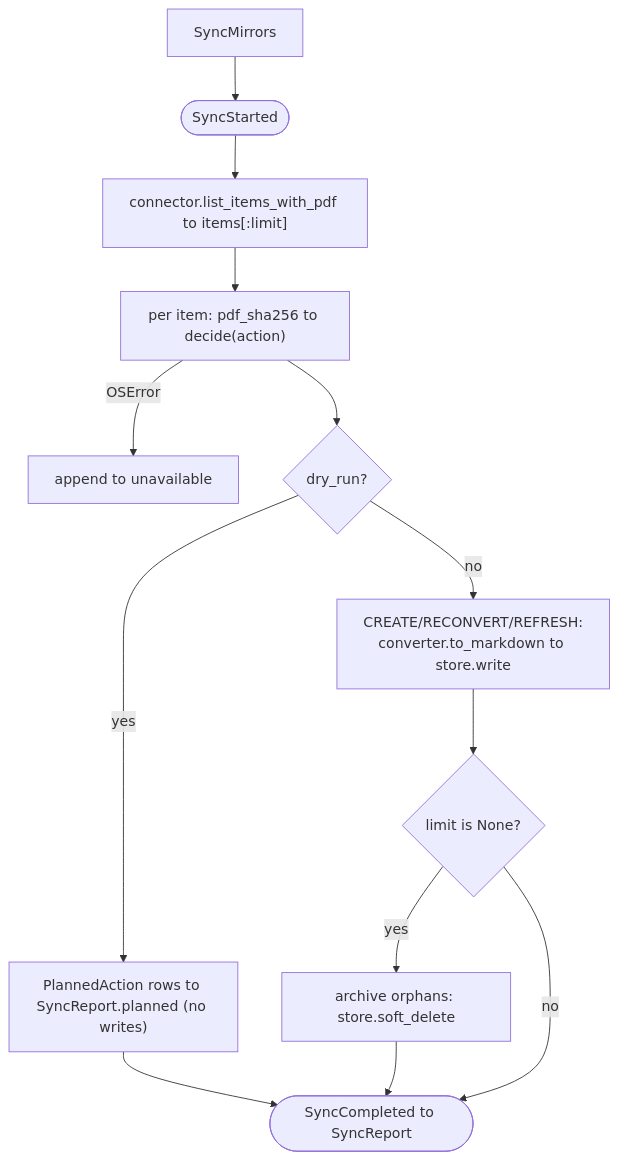
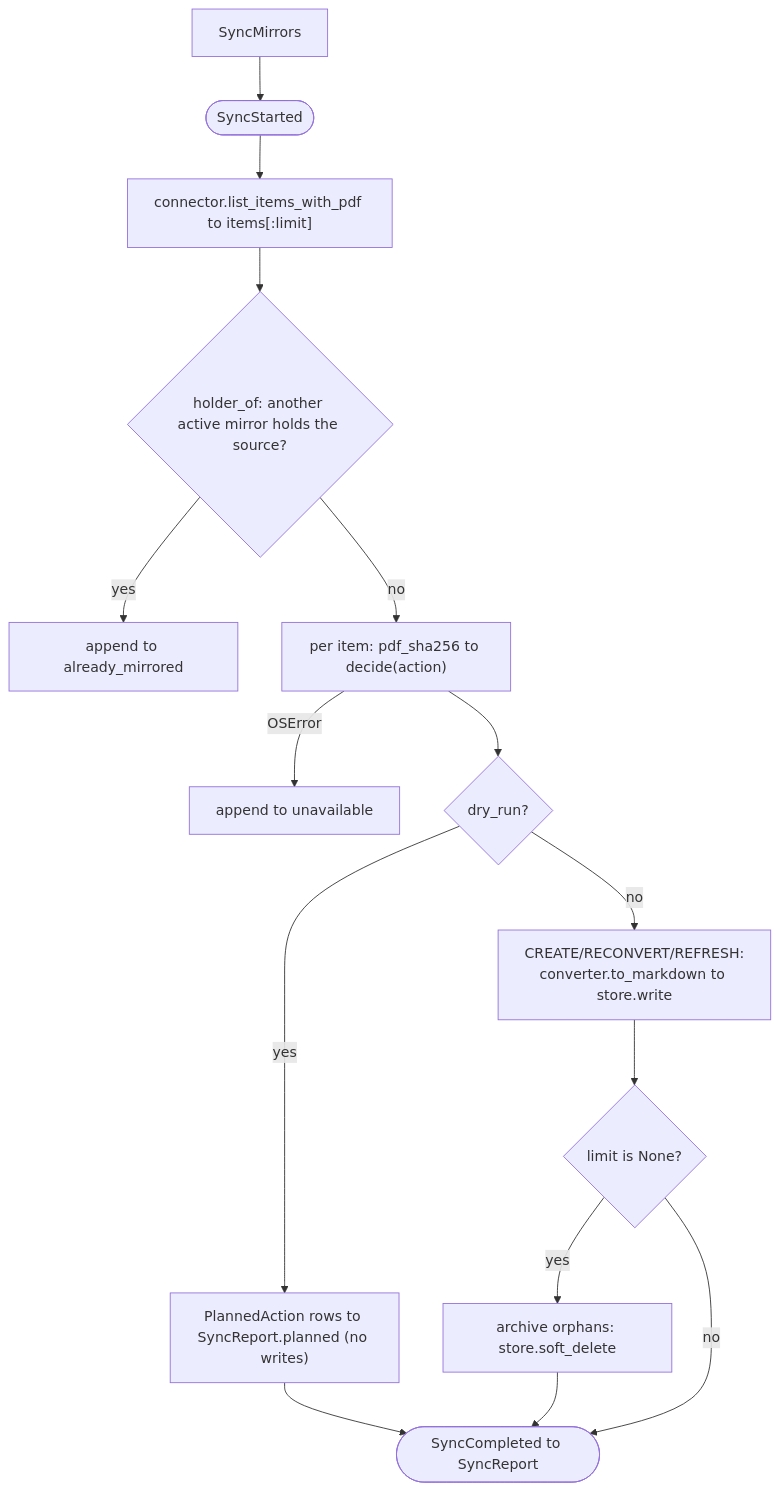
The diagram in engram/docs/reference/sync.md (BucketHeadP65/ai-studio), drawn with Mermaid before and after one commit. The commit also changed other lines of this file and 18 other files, not shown here.

First line of the commit message:
fix(engram): admit one mirror per source in a sync

````diff
--- a/engram/docs/reference/sync.md
+++ b/engram/docs/reference/sync.md
@@ -81,15 +85,17 @@
 ```mermaid
 flowchart TD
     A[SyncMirrors] --> S([SyncStarted])
     S --> L["connector.list_items_with_pdf to items[:limit]"]
-    L --> H["per item: pdf_sha256 to decide(action)"]
+    L --> M{"holder_of: another active mirror holds the source?"}
+    M -->|yes| AM[append to already_mirrored]
+    M -->|no| H["per item: pdf_sha256 to decide(action)"]
     H -->|OSError| U[append to unavailable]
     H --> D{dry_run?}
     D -->|yes| P["PlannedAction rows to SyncReport.planned (no writes)"]
     D -->|no| W["CREATE/RECONVERT/REFRESH:<br/>converter.to_markdown to store.write"]
     W --> O{"limit is None?"}
     O -->|yes| AR["archive orphans: store.soft_delete"]
     O -->|no| C
     P --> C([SyncCompleted to SyncReport])
     AR --> C
 ```
````
